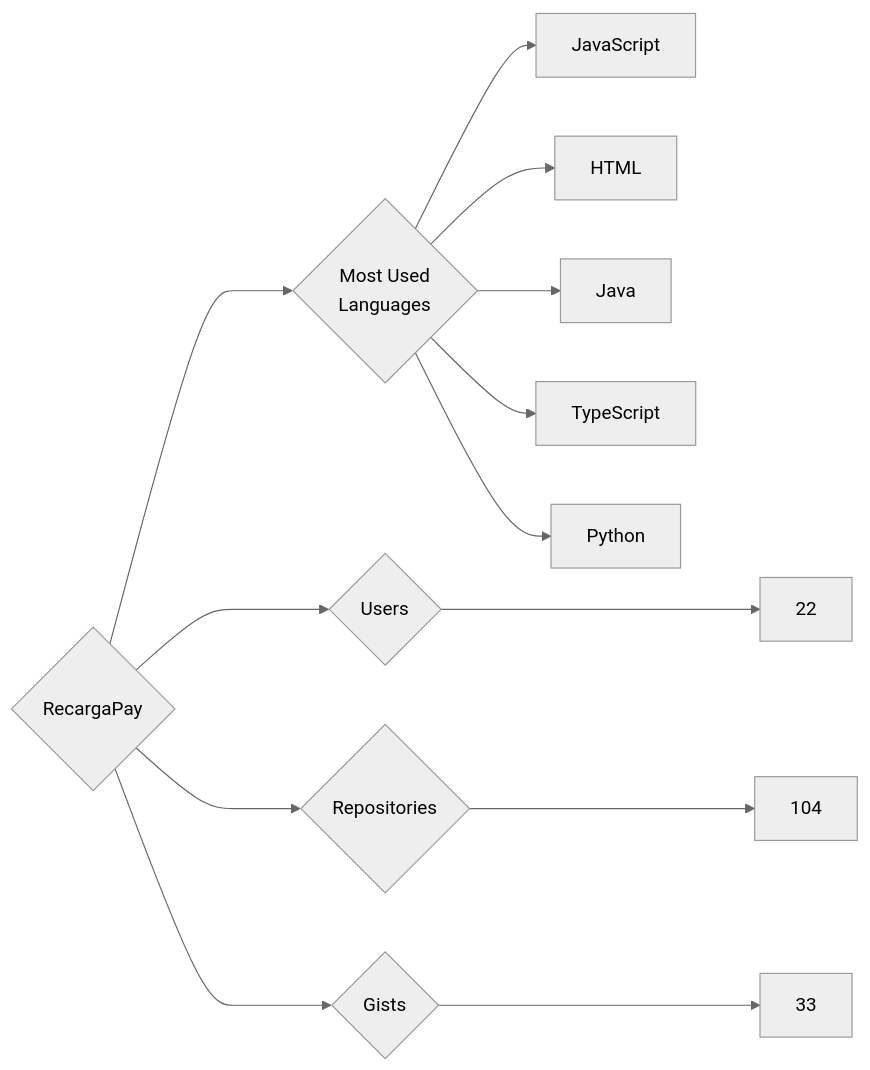
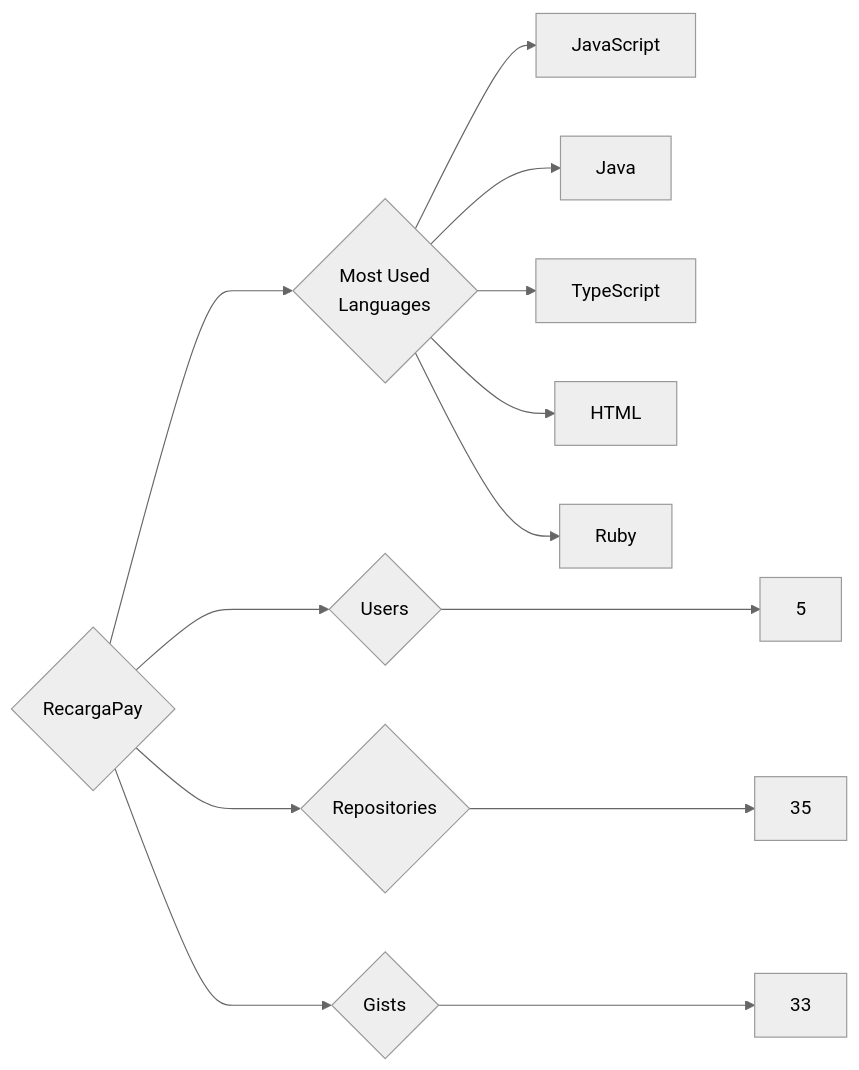
One commit to trickest/insiders changed the diagram in targets/RecargaPay/README.md. Above: the diagram before and after it, drawn with Mermaid (neutral theme). The commit also changed 444 other files, not shown here.

````diff
--- a/targets/RecargaPay/README.md
+++ b/targets/RecargaPay/README.md
@@ -3,13 +3,13 @@
 ```mermaid
 graph LR
 COMPANY_NAME{RecargaPay}
-COMPANY_NAME ---> U{Users} ---> UN[22]
-COMPANY_NAME ---> R{Repositories} ---> RN[104]
+COMPANY_NAME ---> U{Users} ---> UN[5]
+COMPANY_NAME ---> R{Repositories} ---> RN[35]
 COMPANY_NAME ---> G{Gists} ---> GN[33]
 COMPANY_NAME ---> ML{Most Used<br>Languages}
 ML --> JavaScript[JavaScript]
-ML --> HTML[HTML]
 ML --> Java[Java]
 ML --> TypeScript[TypeScript]
-ML --> Python[Python]
+ML --> HTML[HTML]
+ML --> Ruby[Ruby]
 ```
````
